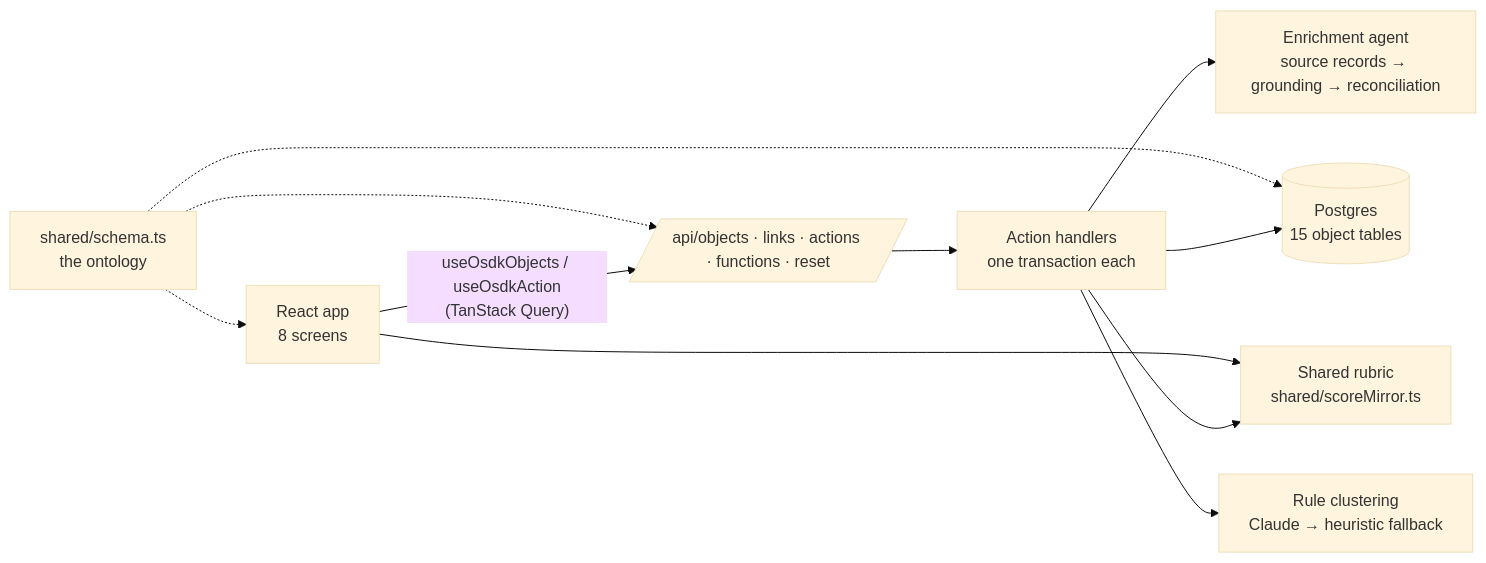
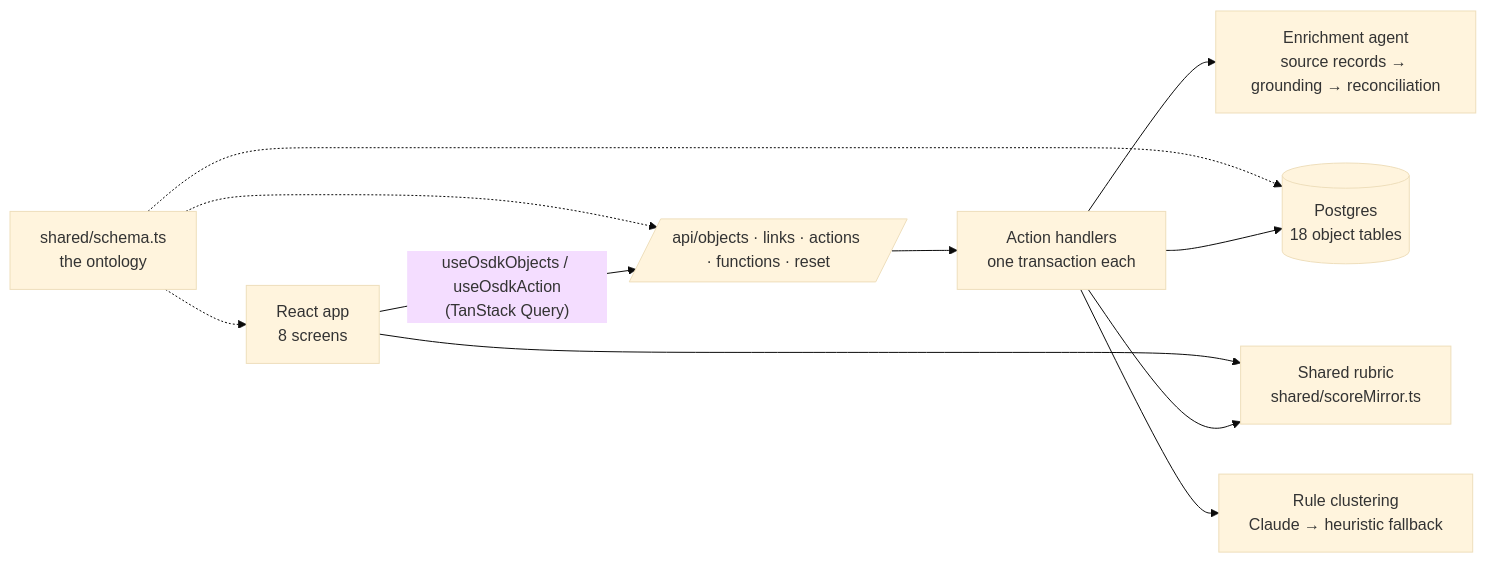
The diagram in README.md (llukehanna/beacon), drawn with Mermaid (base theme) before and after one commit. The commit also changed 52 other files, not shown here.

````diff
--- a/README.md
+++ b/README.md
@@ -39,13 +39,13 @@
 ```mermaid
 flowchart LR
   UI[React app<br/>8 screens] -- "useOsdkObjects / useOsdkAction<br/>(TanStack Query)" --> API[/api/objects · links · actions · functions · reset/]
   API --> Actions[Action handlers<br/>one transaction each]
   Actions --> Rubric[Shared rubric<br/>shared/scoreMirror.ts]
   UI --> Rubric
   Actions --> Agent[Enrichment agent<br/>source records → grounding → reconciliation]
   Actions --> Cluster[Rule clustering<br/>Claude → heuristic fallback]
-  Actions --> PG[(Postgres<br/>15 object tables)]
+  Actions --> PG[(Postgres<br/>18 object tables)]
   Schema[shared/schema.ts<br/>the ontology] -.-> PG
   Schema -.-> API
   Schema -.-> UI
 ```
````
